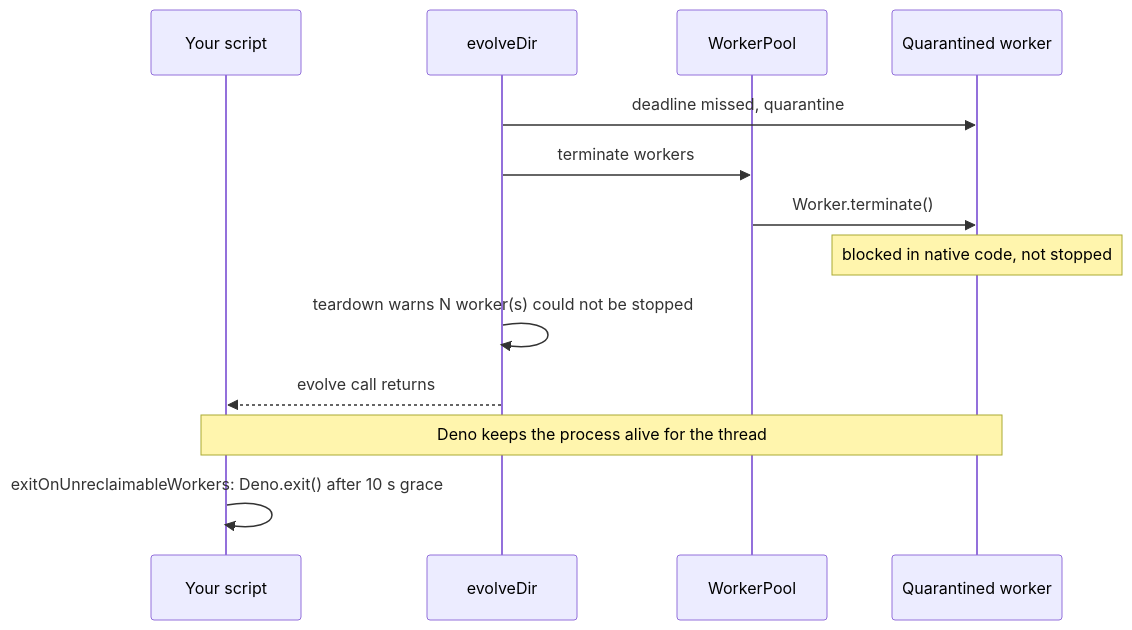
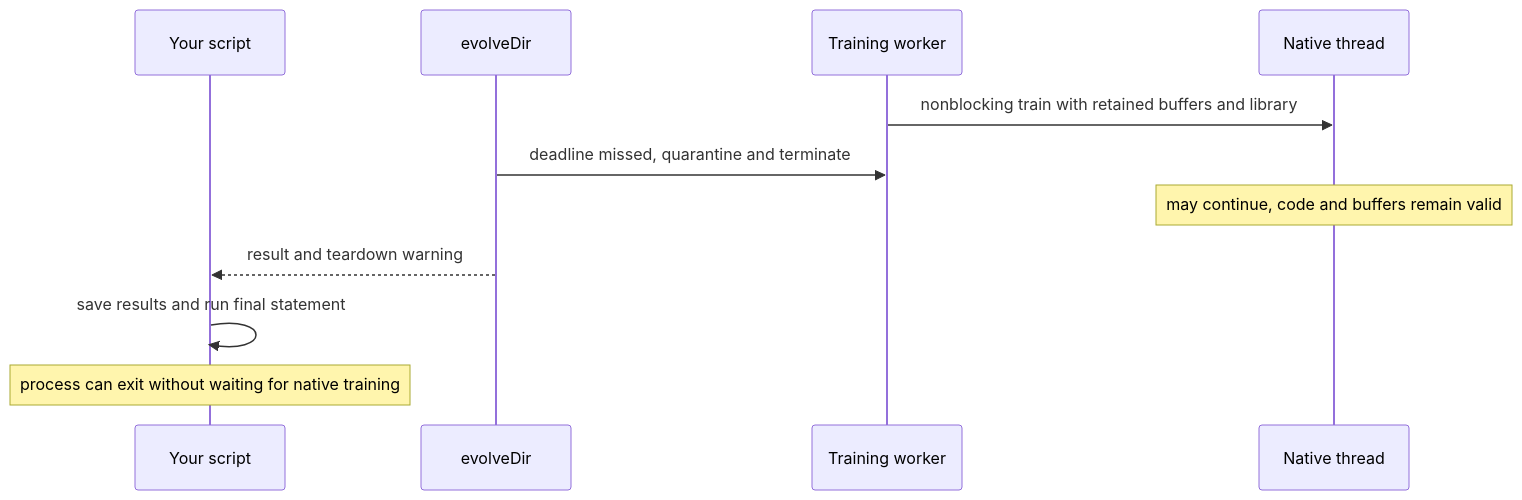
One commit to stSoftwareAU/NEAT-AI changed the diagram in docs/troubleshooting/PROCESS_DOES_NOT_EXIT.md. Above: the diagram before and after it, drawn with Mermaid. The commit also changed other lines of this file and 36 other files, not shown here.

Commit message:
Process never exits after evolveDir returns following a worker quarantine (7.0.66): industry EvolveApp silent 2 h after its last statement, stale-window kill loses the run's model… (Issue #4126) (#4154)

````diff
--- a/docs/troubleshooting/PROCESS_DOES_NOT_EXIT.md
+++ b/docs/troubleshooting/PROCESS_DOES_NOT_EXIT.md
@@ -43,15 +62,13 @@
 ```mermaid
 sequenceDiagram
     participant App as Your script
     participant Evolve as evolveDir
-    participant Pool as WorkerPool
-    participant W as Quarantined worker
-    Evolve->>W: deadline missed, quarantine
-    Evolve->>Pool: terminate workers
-    Pool->>W: Worker.terminate()
-    Note over W: blocked in native code, not stopped
-    Evolve->>Evolve: teardown warns N worker(s) could not be stopped
-    Evolve-->>App: evolve call returns
-    Note over App,W: Deno keeps the process alive for the thread
-    App->>App: exitOnUnreclaimableWorkers: Deno.exit() after 10 s grace
+    participant W as Training worker
+    participant Native as Native thread
+    W->>Native: nonblocking train with retained buffers and library
+    Evolve->>W: deadline missed, quarantine and terminate
+    Note over Native: may continue, code and buffers remain valid
+    Evolve-->>App: result and teardown warning
+    App->>App: save results and run final statement
+    Note over App: process can exit without waiting for native training
 ```
````
